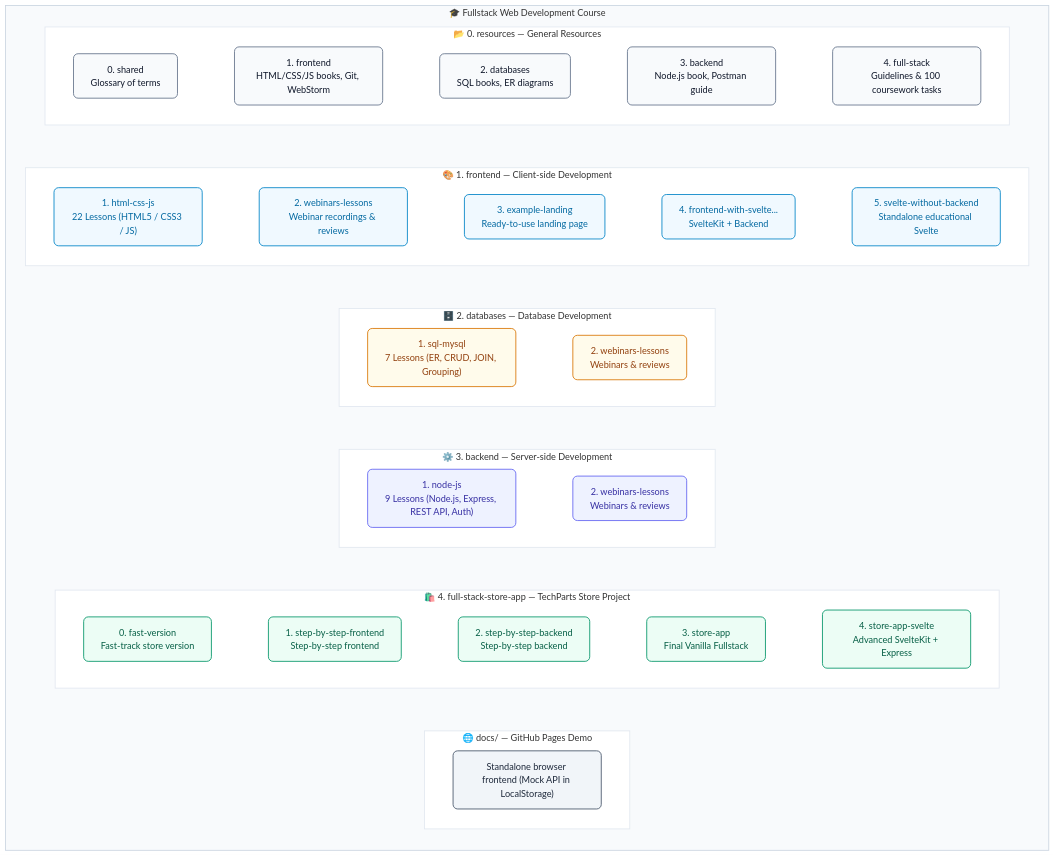
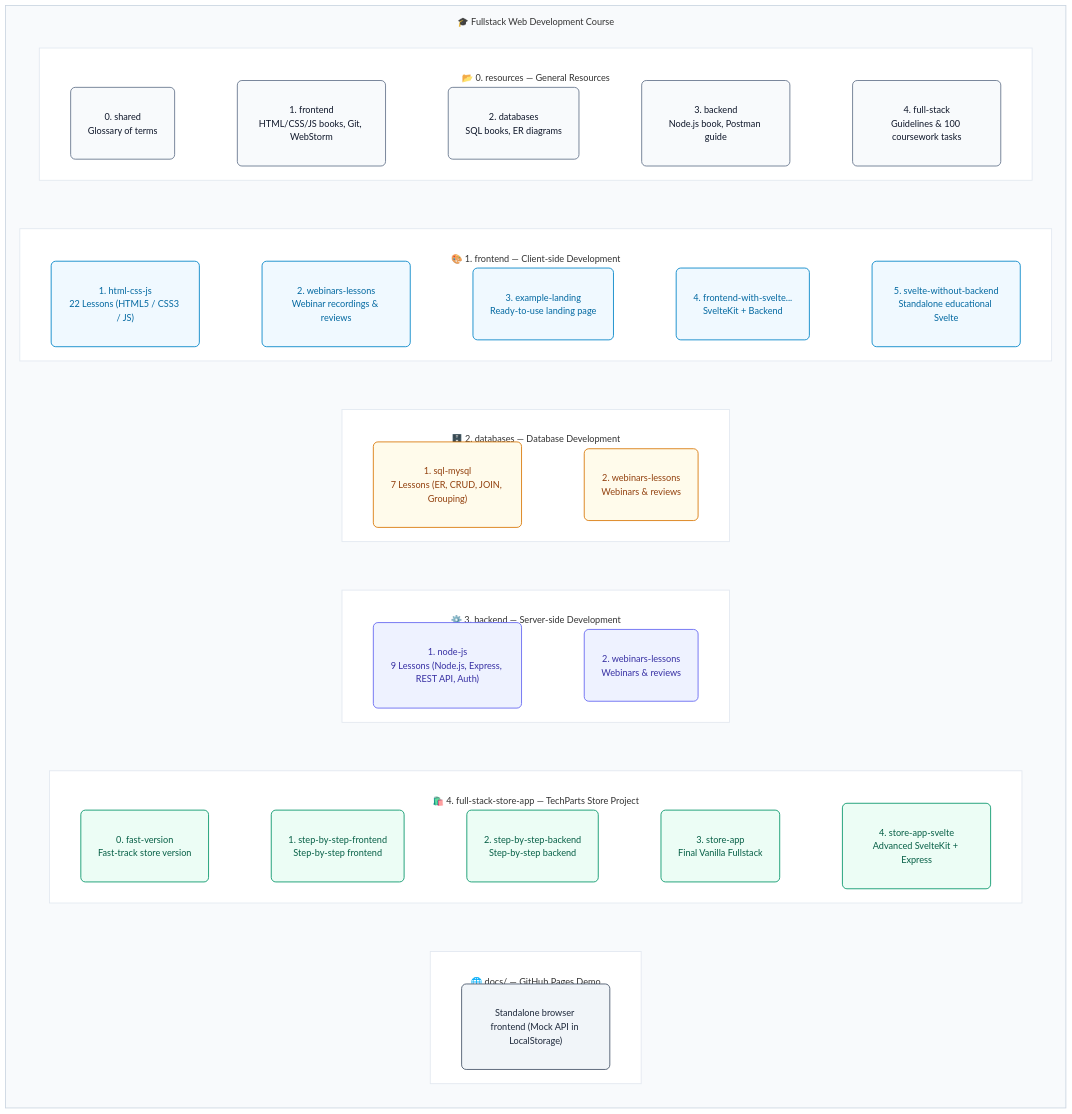
The first of 2 diagrams in README.md (mrsky1001/fullstack-web-development-course), drawn with Mermaid before and after one commit. The commit also changed other lines of this file and 1 other file, not shown here.

Commit message:
style: update mermaid diagrams with improved spacing and removed node text decorations

````diff
--- a/README.md
+++ b/README.md
@@ -146,65 +146,66 @@
 ```mermaid
+%%{init: {'flowchart': {'rankSpacing': 60, 'nodeSpacing': 30, 'subGraphTitleMargin': {'top': 16, 'bottom': 16}}}}%%
 flowchart TD
     subgraph ROOT["🎓 Fullstack Web Development Course"]
         direction TB
 
-        subgraph RES["📂 0. resources — General Resources"]
+        subgraph RES["<br/>📂 0. resources — General Resources<br/>&nbsp;"]
             direction LR
-            R0["0. shared<br/>Glossary of terms"]
-            R1["1. frontend<br/>HTML/CSS/JS books, Git, WebStorm"]
-            R2["2. databases<br/>SQL books, ER diagrams"]
-            R3["3. backend<br/>Node.js book, Postman guide"]
-            R4["4. full-stack<br/>Guidelines & 100 coursework tasks"]
+            R0["&nbsp;<br/>0. shared<br/>Glossary of terms<br/>&nbsp;"]
+            R1["&nbsp;<br/>1. frontend<br/>HTML/CSS/JS books, Git, WebStorm<br/>&nbsp;"]
+            R2["&nbsp;<br/>2. databases<br/>SQL books, ER diagrams<br/>&nbsp;"]
+            R3["&nbsp;<br/>3. backend<br/>Node.js book, Postman guide<br/>&nbsp;"]
+            R4["&nbsp;<br/>4. full-stack<br/>Guidelines & 100 coursework tasks<br/>&nbsp;"]
             R0 ~~~ R1 ~~~ R2 ~~~ R3 ~~~ R4
         end
 
-        subgraph MOD1["🎨 1. frontend — Client-side Development"]
+        subgraph MOD1["<br/>🎨 1. frontend — Client-side Development<br/>&nbsp;"]
             direction LR
-            F1["1. html-css-js<br/>22 Lessons (HTML5 / CSS3 / JS)"]
-            F2["2. webinars-lessons<br/>Webinar recordings & reviews"]
-            F3["3. example-landing<br/>Ready-to-use landing page"]
-            F4["4. frontend-with-svelte...<br/>SvelteKit + Backend"]
-            F5["5. svelte-without-backend<br/>Standalone educational Svelte"]
+            F1["&nbsp;<br/>1. html-css-js<br/>22 Lessons (HTML5 / CSS3 / JS)<br/>&nbsp;"]
+            F2["&nbsp;<br/>2. webinars-lessons<br/>Webinar recordings & reviews<br/>&nbsp;"]
+            F3["&nbsp;<br/>3. example-landing<br/>Ready-to-use landing page<br/>&nbsp;"]
+            F4["&nbsp;<br/>4. frontend-with-svelte...<br/>SvelteKit + Backend<br/>&nbsp;"]
+            F5["&nbsp;<br/>5. svelte-without-backend<br/>Standalone educational Svelte<br/>&nbsp;"]
             F1 ~~~ F2 ~~~ F3 ~~~ F4 ~~~ F5
         end
 
-        subgraph MOD2["🗄️ 2. databases — Database Development"]
+        subgraph MOD2["<br/>🗄️ 2. databases — Database Development<br/>&nbsp;"]
             direction LR
-            D1["1. sql-mysql<br/>7 Lessons (ER, CRUD, JOIN, Grouping)"]
-            D2["2. webinars-lessons<br/>Webinars & reviews"]
+            D1["&nbsp;<br/>1. sql-mysql<br/>7 Lessons (ER, CRUD, JOIN, Grouping)<br/>&nbsp;"]
+            D2["&nbsp;<br/>2. webinars-lessons<br/>Webinars & reviews<br/>&nbsp;"]
             D1 ~~~ D2
         end
 
-        subgraph MOD3["⚙️ 3. backend — Server-side Development"]
+        subgraph MOD3["<br/>⚙️ 3. backend — Server-side Development<br/>&nbsp;"]
             direction LR
-            B1["1. node-js<br/>9 Lessons (Node.js, Express, REST API, Auth)"]
-            B2["2. webinars-lessons<br/>Webinars & reviews"]
+            B1["&nbsp;<br/>1. node-js<br/>9 Lessons (Node.js, Express, REST API, Auth)<br/>&nbsp;"]
+            B2["&nbsp;<br/>2. webinars-lessons<br/>Webinars & reviews<br/>&nbsp;"]
             B1 ~~~ B2
         end
 
-        subgraph MOD4["🛍️ 4. full-stack-store-app — TechParts Store Project"]
+        subgraph MOD4["<br/>🛍️ 4. full-stack-store-app — TechParts Store Project<br/>&nbsp;"]
             direction LR
-            S0["0. fast-version<br/>Fast-track store version"]
-            S1["1. step-by-step-frontend<br/>Step-by-step frontend"]
-            S2["2. step-by-step-backend<br/>Step-by-step backend"]
-            S3["3. store-app<br/>Final Vanilla Fullstack"]
-            S4["4. store-app-svelte<br/>Advanced SvelteKit + Express"]
+            S0["&nbsp;<br/>0. fast-version<br/>Fast-track store version<br/>&nbsp;"]
+            S1["&nbsp;<br/>1. step-by-step-frontend<br/>Step-by-step frontend<br/>&nbsp;"]
+            S2["&nbsp;<br/>2. step-by-step-backend<br/>Step-by-step backend<br/>&nbsp;"]
+            S3["&nbsp;<br/>3. store-app<br/>Final Vanilla Fullstack<br/>&nbsp;"]
+            S4["&nbsp;<br/>4. store-app-svelte<br/>Advanced SvelteKit + Express<br/>&nbsp;"]
             S0 ~~~ S1 ~~~ S2 ~~~ S3 ~~~ S4
         end
 
-        subgraph DOCS["🌐 docs/ — GitHub Pages Demo"]
-            DOC["Standalone browser frontend (Mock API in LocalStorage)"]
+        subgraph DOCS["<br/>🌐 docs/ — GitHub Pages Demo<br/>&nbsp;"]
+            DOC["&nbsp;<br/>Standalone browser frontend (Mock API in LocalStorage)<br/>&nbsp;"]
         end
 
         RES ~~~ MOD1 ~~~ MOD2 ~~~ MOD3 ~~~ MOD4 ~~~ DOCS
     end
 
-    classDef resStyle fill:#f8fafc,stroke:#64748b,stroke-width:1.5px,color:#0f172a,rx:8px,ry:8px;
-    classDef frontStyle fill:#f0f9ff,stroke:#0284c7,stroke-width:1.5px,color:#0369a1,rx:8px,ry:8px;
-    classDef dbStyle fill:#fffbeb,stroke:#d97706,stroke-width:1.5px,color:#92400e,rx:8px,ry:8px;
-    classDef backStyle fill:#eef2ff,stroke:#6366f1,stroke-width:1.5px,color:#3730a3,rx:8px,ry:8px;
-    classDef appStyle fill:#ecfdf5,stroke:#059669,stroke-width:1.5px,color:#065f46,rx:8px,ry:8px;
-    classDef docStyle fill:#f1f5f9,stroke:#475569,stroke-width:1.5px,color:#1e293b,rx:8px,ry:8px;
+    classDef resStyle fill:#f8fafc,stroke:#64748b,stroke-width:1.5px,color:#0f172a,rx:8px,ry:8px,text-decoration:none;
+    classDef frontStyle fill:#f0f9ff,stroke:#0284c7,stroke-width:1.5px,color:#0369a1,rx:8px,ry:8px,text-decoration:none;
+    classDef dbStyle fill:#fffbeb,stroke:#d97706,stroke-width:1.5px,color:#92400e,rx:8px,ry:8px,text-decoration:none;
+    classDef backStyle fill:#eef2ff,stroke:#6366f1,stroke-width:1.5px,color:#3730a3,rx:8px,ry:8px,text-decoration:none;
+    classDef appStyle fill:#ecfdf5,stroke:#059669,stroke-width:1.5px,color:#065f46,rx:8px,ry:8px,text-decoration:none;
+    classDef docStyle fill:#f1f5f9,stroke:#475569,stroke-width:1.5px,color:#1e293b,rx:8px,ry:8px,text-decoration:none;
 
     class R0,R1,R2,R3,R4 resStyle;
     class F1,F2,F3,F4,F5 frontStyle;
````
